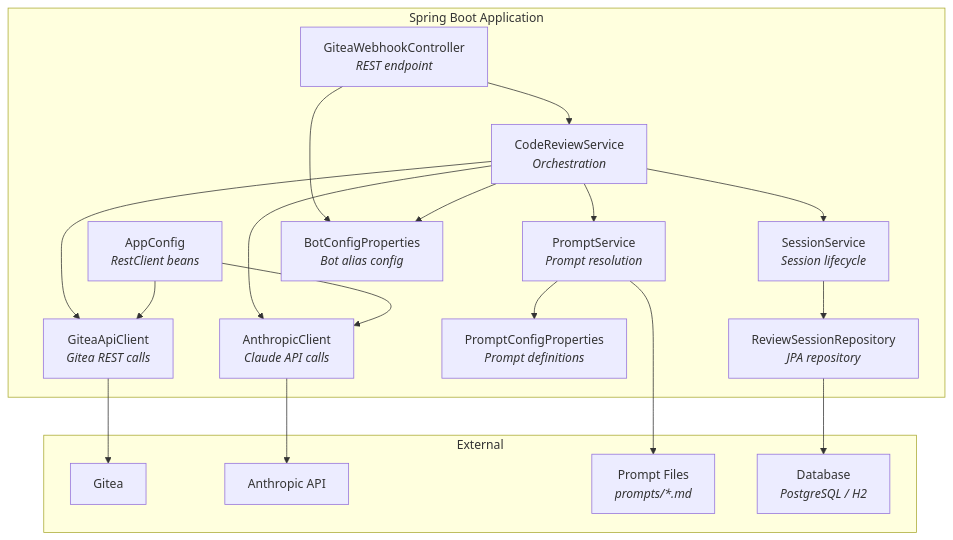
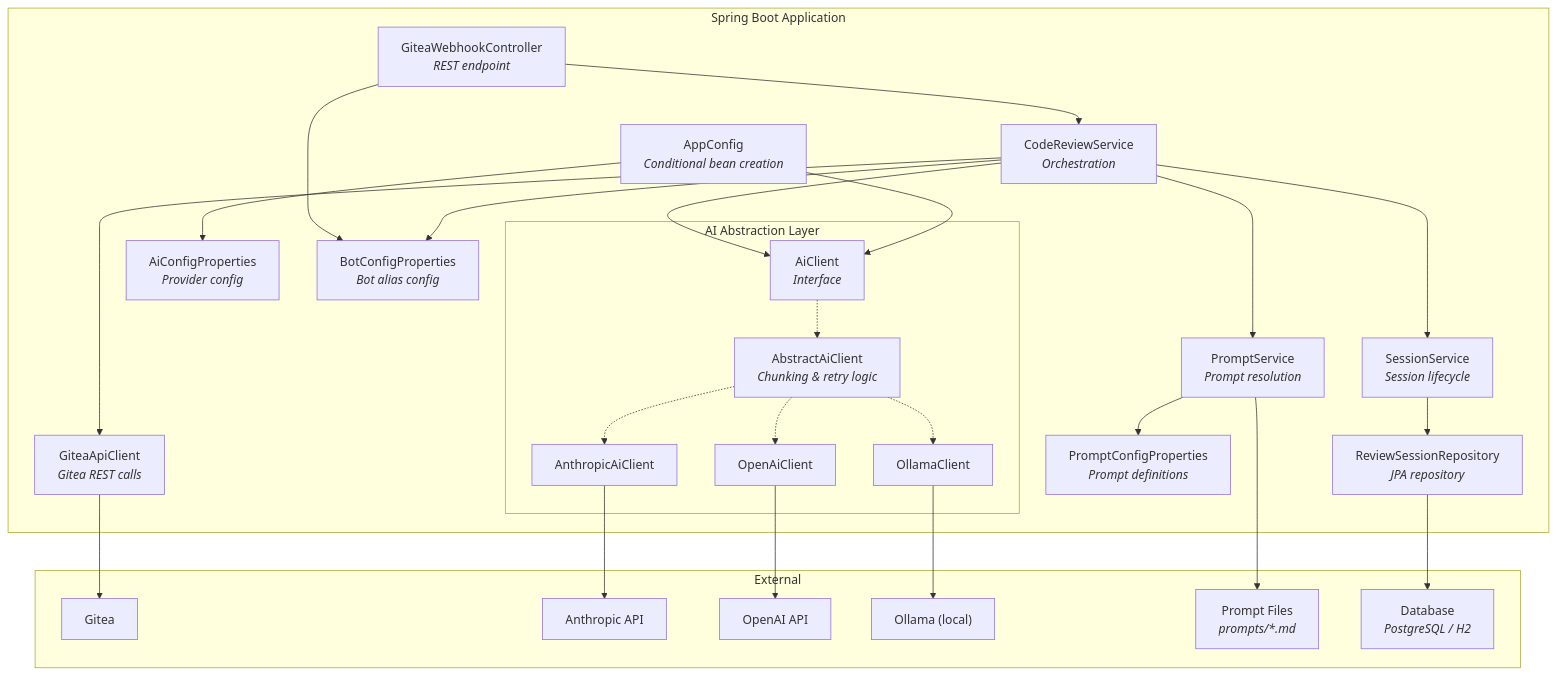
The second of 12 diagrams in doc/ARCHITECTURE.md (tmseidel/ai-gitea-bot), drawn with Mermaid before and after one commit. The commit also changed other lines of this file and 11 other files, not shown here.

First line of the commit message:
Add OpenAI/Ollama tests, systemtest environment, and update all documentation

````diff
--- a/doc/ARCHITECTURE.md
+++ b/doc/ARCHITECTURE.md
@@ -30,38 +30,55 @@
 ```mermaid
 graph TD
     subgraph "Spring Boot Application"
         Controller["GiteaWebhookController<br/><i>REST endpoint</i>"]
         ReviewService["CodeReviewService<br/><i>Orchestration</i>"]
         SessionService["SessionService<br/><i>Session lifecycle</i>"]
         PromptService["PromptService<br/><i>Prompt resolution</i>"]
         GiteaClient["GiteaApiClient<br/><i>Gitea REST calls</i>"]
-        AnthropicClient["AnthropicClient<br/><i>Claude API calls</i>"]
-        AppConfig["AppConfig<br/><i>RestClient beans</i>"]
+
+        subgraph "AI Abstraction Layer"
+            AiInterface["AiClient<br/><i>Interface</i>"]
+            AbstractClient["AbstractAiClient<br/><i>Chunking & retry logic</i>"]
+            AnthropicImpl["AnthropicAiClient"]
+            OpenAiImpl["OpenAiClient"]
+            OllamaImpl["OllamaClient"]
+        end
+
+        AppConfig["AppConfig<br/><i>Conditional bean creation</i>"]
+        AiConfig["AiConfigProperties<br/><i>Provider config</i>"]
         PromptConfig["PromptConfigProperties<br/><i>Prompt definitions</i>"]
         BotConfig["BotConfigProperties<br/><i>Bot alias config</i>"]
         SessionRepo["ReviewSessionRepository<br/><i>JPA repository</i>"]
     end
 
     subgraph "External"
         Gitea["Gitea"]
         Anthropic["Anthropic API"]
+        OpenAI["OpenAI API"]
+        Ollama["Ollama (local)"]
         PromptFiles["Prompt Files<br/><i>prompts/*.md</i>"]
         DB["Database<br/><i>PostgreSQL / H2</i>"]
     end
 
     Controller --> ReviewService
     Controller --> BotConfig
     ReviewService --> BotConfig
     ReviewService --> PromptService
     ReviewService --> GiteaClient
-    ReviewService --> AnthropicClient
+    ReviewService --> AiInterface
     ReviewService --> SessionService
     SessionService --> SessionRepo
     SessionRepo --> DB
     PromptService --> PromptConfig
     PromptService --> PromptFiles
     GiteaClient --> Gitea
-    AnthropicClient --> Anthropic
-    AppConfig --> GiteaClient
-    AppConfig --> AnthropicClient
+    AiInterface -.-> AbstractClient
+    AbstractClient -.-> AnthropicImpl
+    AbstractClient -.-> OpenAiImpl
+    AbstractClient -.-> OllamaImpl
+    AnthropicImpl --> Anthropic
+    OpenAiImpl --> OpenAI
+    OllamaImpl --> Ollama
+    AppConfig --> AiConfig
+    AppConfig --> AiInterface
 ```
````
